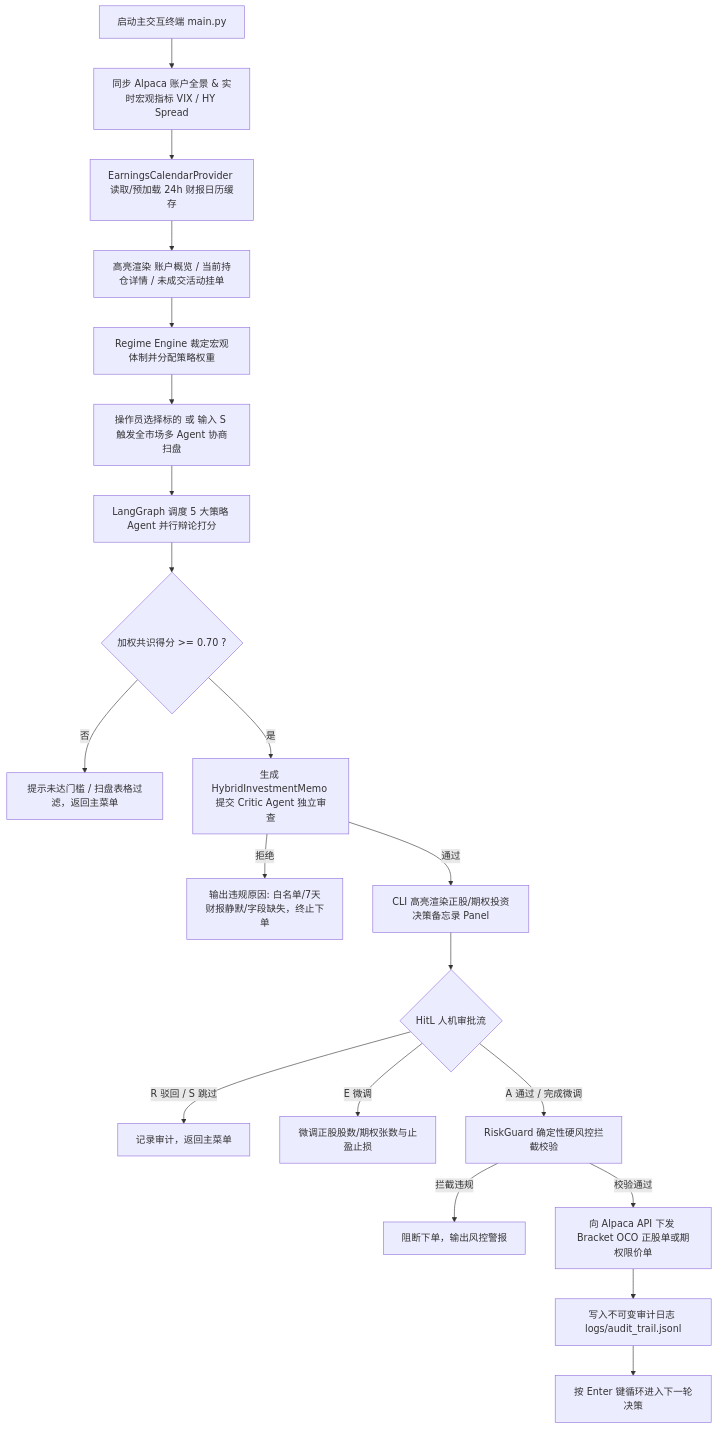
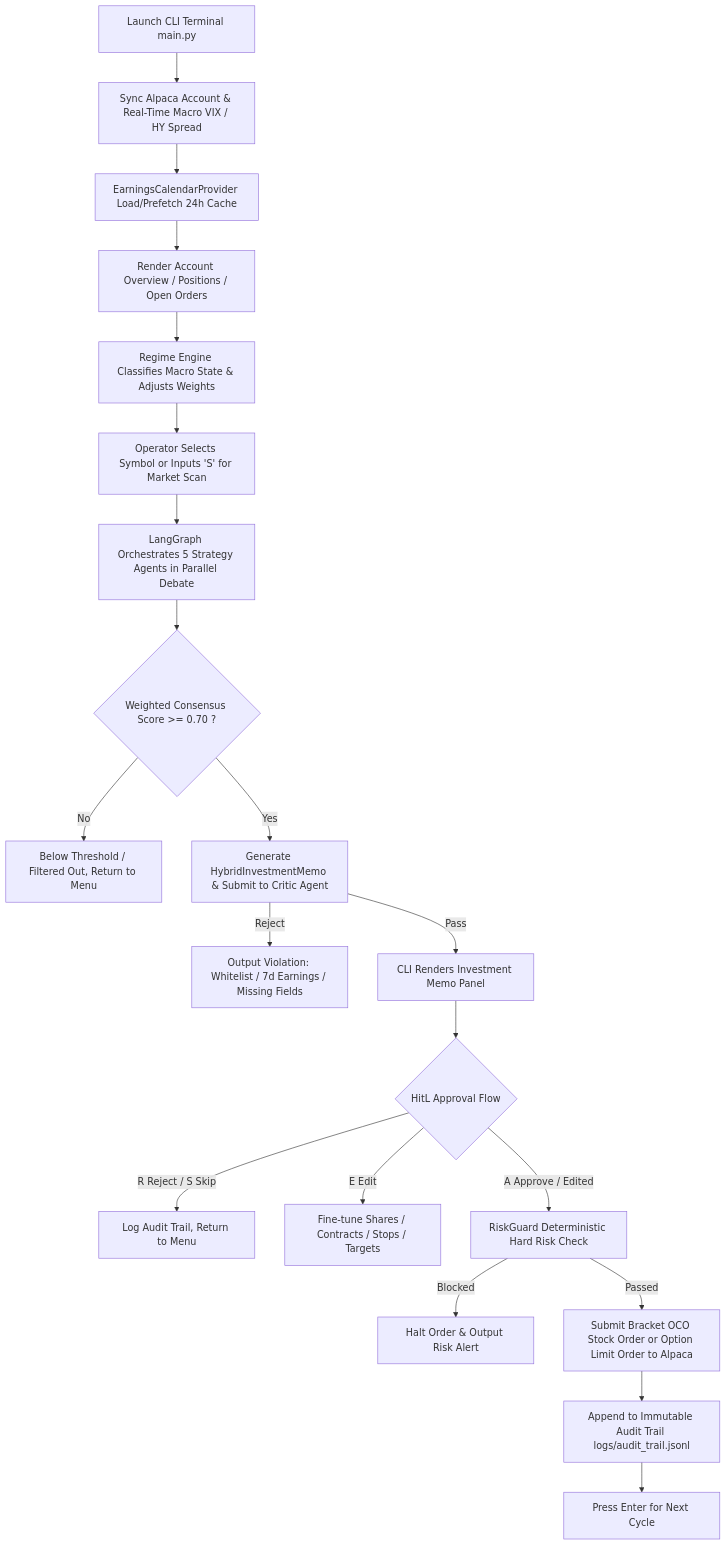
One commit to Tonytan123/AiAgentForTrading changed the diagram in README.md. Above: the diagram before and after it, drawn with Mermaid. The commit also changed other lines of this file and 17 other files, not shown here.

````diff
--- a/README.md
+++ b/README.md
@@ -61,22 +71,22 @@
 ```mermaid
 flowchart TD
-    A[启动主交互终端 main.py] --> B[同步 Alpaca 账户全景 & 实时宏观指标 VIX / HY Spread]
-    B --> C[EarningsCalendarProvider 读取/预加载 24h 财报日历缓存]
-    C --> D[高亮渲染 账户概览 / 当前持仓详情 / 未成交活动挂单]
-    D --> E[Regime Engine 裁定宏观体制并分配策略权重]
-    E --> F[操作员选择标的 或 输入 S 触发全市场多 Agent 协商扫盘]
-    F --> G[LangGraph 调度 5 大策略 Agent 并行辩论打分]
-    G --> H{加权共识得分 >= 0.70 ?}
-    H -- 否 --> I[提示未达门槛 / 扫盘表格过滤，返回主菜单]
-    H -- 是 --> J[生成 HybridInvestmentMemo 提交 Critic Agent 独立审查]
-    J -- 拒绝 --> K[输出违规原因: 白名单/7天财报静默/字段缺失，终止下单]
-    J -- 通过 --> L[CLI 高亮渲染正股/期权投资决策备忘录 Panel]
-    L --> M{HitL 人机审批流}
-    M -- R 驳回 / S 跳过 --> N[记录审计，返回主菜单]
-    M -- E 微调 --> O[微调正股股数/期权张数与止盈止损]
-    M -- A 通过 / 完成微调 --> P[RiskGuard 确定性硬风控拦截校验]
-    P -- 拦截违规 --> Q[阻断下单，输出风控警报]
-    P -- 校验通过 --> R[向 Alpaca API 下发 Bracket OCO 正股单或期权限价单]
-    R --> S[写入不可变审计日志 logs/audit_trail.jsonl]
-    S --> T[按 Enter 键循环进入下一轮决策]
+    A[Launch CLI Terminal main.py] --> B[Sync Alpaca Account & Real-Time Macro VIX / HY Spread]
+    B --> C[EarningsCalendarProvider Load/Prefetch 24h Cache]
+    C --> D[Render Account Overview / Positions / Open Orders]
+    D --> E[Regime Engine Classifies Macro State & Adjusts Weights]
+    E --> F[Operator Selects Symbol or Inputs 'S' for Market Scan]
+    F --> G[LangGraph Orchestrates 5 Strategy Agents in Parallel Debate]
+    G --> H{Weighted Consensus Score >= 0.70 ?}
+    H -- No --> I[Below Threshold / Filtered Out, Return to Menu]
+    H -- Yes --> J[Generate HybridInvestmentMemo & Submit to Critic Agent]
+    J -- Reject --> K[Output Violation: Whitelist / 7d Earnings / Missing Fields]
+    J -- Pass --> L[CLI Renders Investment Memo Panel]
+    L --> M{HitL Approval Flow}
+    M -- R Reject / S Skip --> N[Log Audit Trail, Return to Menu]
+    M -- E Edit --> O[Fine-tune Shares / Contracts / Stops / Targets]
+    M -- A Approve / Edited --> P[RiskGuard Deterministic Hard Risk Check]
+    P -- Blocked --> Q[Halt Order & Output Risk Alert]
+    P -- Passed --> R[Submit Bracket OCO Stock Order or Option Limit Order to Alpaca]
+    R --> S[Append to Immutable Audit Trail logs/audit_trail.jsonl]
+    S --> T[Press Enter for Next Cycle]
 ```
````
